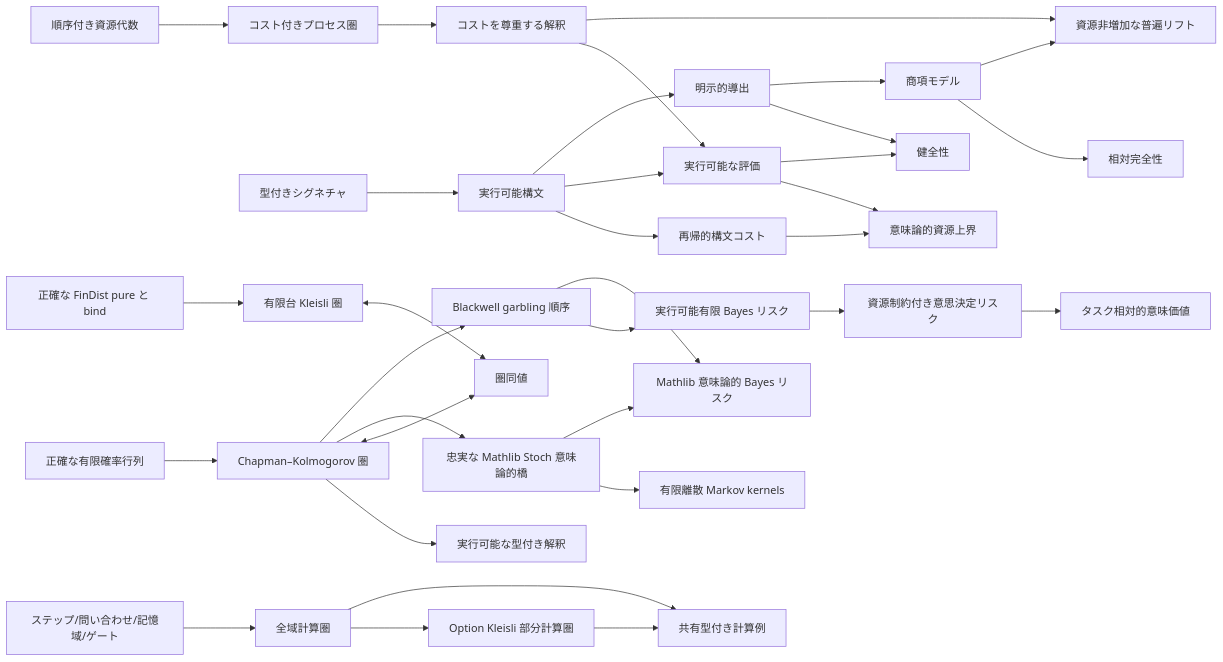
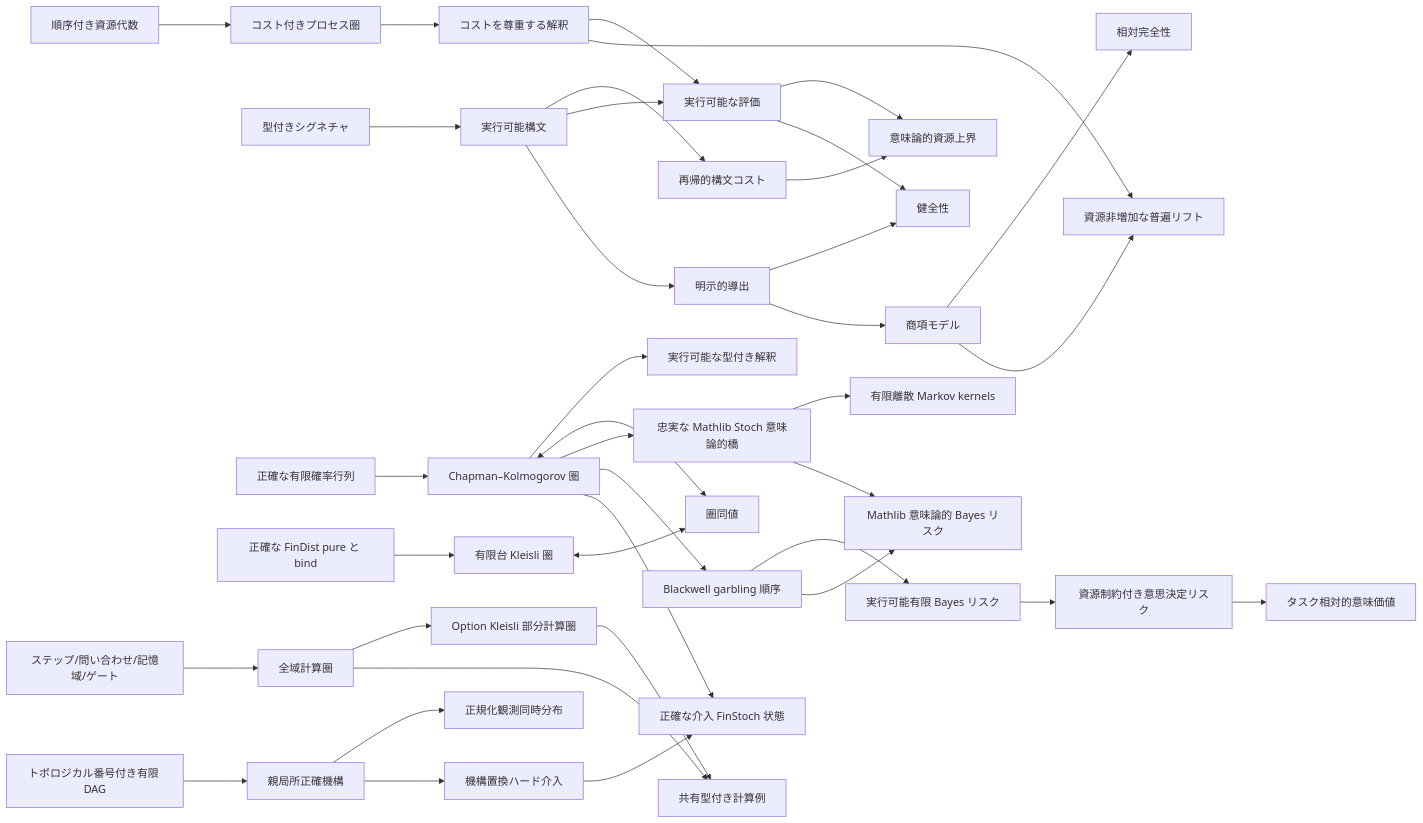
One commit to miuchan/ript changed the diagram in docs/README.ja.md. Above: the diagram before and after it, drawn with Mermaid. The commit also changed other lines of this file and 14 other files, not shown here.

````diff
--- a/docs/README.ja.md
+++ b/docs/README.ja.md
@@ -350,35 +384,40 @@
 ```mermaid
 flowchart LR
   R["順序付き資源代数"] --> C["コスト付きプロセス圏"]
   S["型付きシグネチャ"] --> X["実行可能構文"]
   X --> K["再帰的構文コスト"]
   C --> I["コストを尊重する解釈"]
   X --> E["実行可能な評価"]
   I --> E
   K --> B["意味論的資源上界"]
   E --> B
   X --> D["明示的導出"]
   D --> SO["健全性"]
   E --> SO
   D --> T["商項モデル"]
   T --> CO["相対完全性"]
   I --> U["資源非増加な普遍リフト"]
   T --> U
   F["正確な有限確率行列"] --> CK["Chapman–Kolmogorov 圏"]
   CK --> EX["実行可能な型付き解釈"]
   FD["正確な FinDist pure と bind"] --> KL["有限台 Kleisli 圏"]
   CK <--> EQ["圏同値"]
   KL <--> EQ
   CK --> ST["忠実な Mathlib Stoch 意味論的橋"]
   ST --> MT["有限離散 Markov kernels"]
   CK --> BW["Blackwell garbling 順序"]
   ST --> SB["Mathlib 意味論的 Bayes リスク"]
   BW --> FR["実行可能有限 Bayes リスク"]
   FR --> RR["資源制約付き意思決定リスク"]
   RR --> SV["タスク相対的意味価値"]
   BW --> SB
   CR["ステップ/問い合わせ/記憶域/ゲート"] --> TC["全域計算圏"]
   TC --> PC["Option Kleisli 部分計算圏"]
   TC --> CE["共有型付き計算例"]
   PC --> CE
+  DAG["トポロジカル番号付き有限 DAG"] --> CM["親局所正確機構"]
+  CM --> OJ["正規化観測同時分布"]
+  CM --> DO["機構置換ハード介入"]
+  DO --> IS["正確な介入 FinStoch 状態"]
+  CK --> IS
 ```
````
